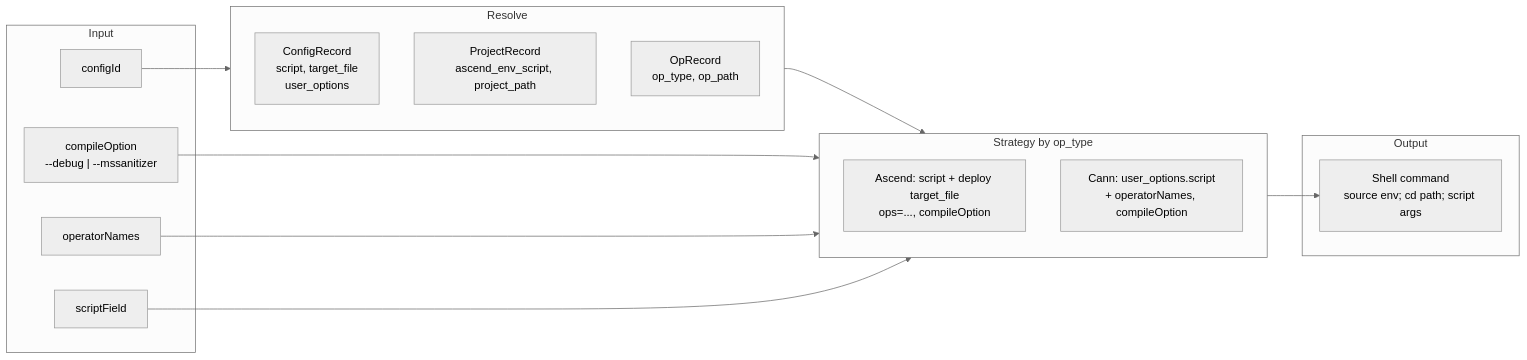
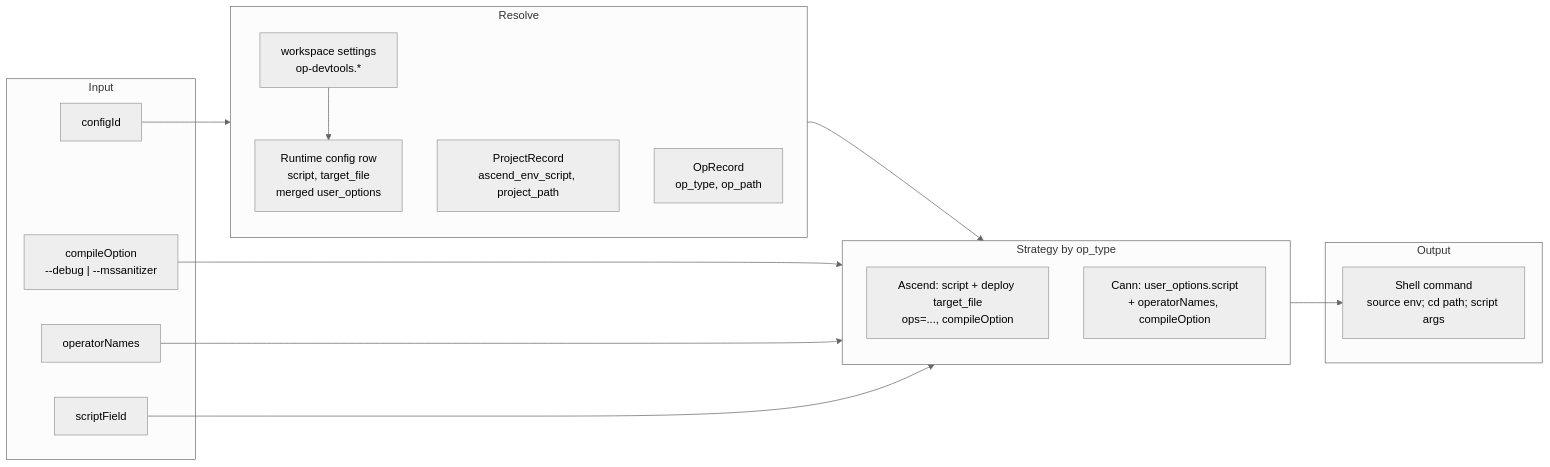
The fourth of 5 diagrams in docs/build-integration.md (IdeFrontend/opdev_plugin), drawn with Mermaid (neutral theme) before and after one commit. The commit also changed other lines of this file and 35 other files, not shown here.

````diff
--- a/docs/build-integration.md
+++ b/docs/build-integration.md
@@ -174,31 +188,34 @@
 ```mermaid
 flowchart LR
   subgraph Input["Input"]
     ConfigId["configId"]
     CompileOpt["compileOption\n--debug | --mssanitizer"]
     OperatorNames["operatorNames"]
     ScriptField["scriptField"]
   end
 
   subgraph Resolve["Resolve"]
-    Config["ConfigRecord\nscript, target_file\nuser_options"]
+    WS["workspace settings\nop-devtools.*"]
+    Config["Runtime config row\nscript, target_file\nmerged user_options"]
     Project["ProjectRecord\nascend_env_script, project_path"]
     Operator["OpRecord\nop_type, op_path"]
   end
+
+  WS --> Config
 
   subgraph Strategy["Strategy by op_type"]
     Ascend["Ascend: script + deploy target_file\nops=..., compileOption"]
     Cann["Cann: user_options.script\n+ operatorNames, compileOption"]
   end
 
   subgraph Out["Output"]
     Cmd["Shell command\nsource env; cd path; script args"]
   end
 
   ConfigId --> Resolve
   Resolve --> Strategy
   CompileOpt --> Strategy
   OperatorNames --> Strategy
   ScriptField --> Strategy
   Strategy --> Cmd
 ```
````
